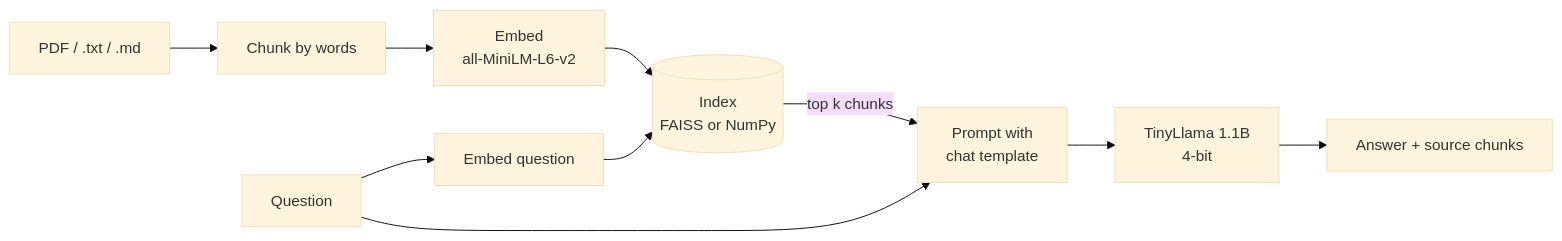
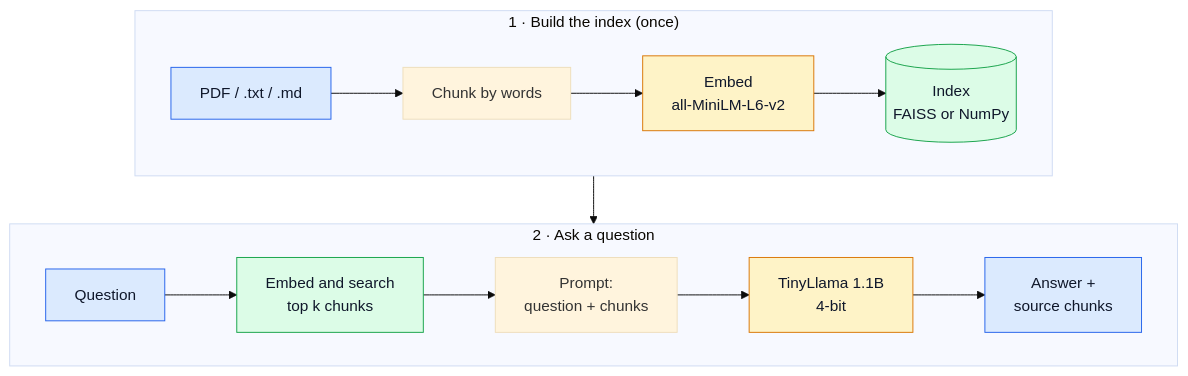
One commit to didiergarcia/tiny-rag changed the diagram in README.md. Above: the diagram before and after it, drawn with Mermaid (base theme).

Commit message:
docs: two-row, color-coded pipeline diagram

````diff
--- a/README.md
+++ b/README.md
@@ -5,12 +5,19 @@
 ```mermaid
-flowchart LR
-    A[PDF / .txt / .md] --> B[Chunk by words]
-    B --> C[Embed<br/>all-MiniLM-L6-v2]
-    C --> D[(Index<br/>FAISS or NumPy)]
-    Q[Question] --> E[Embed question]
-    E --> D
-    D -->|top k chunks| F[Prompt with<br/>chat template]
-    Q --> F
-    F --> G[TinyLlama 1.1B<br/>4-bit]
-    G --> H[Answer + source chunks]
+flowchart TB
+    subgraph build["1 · Build the index (once)"]
+        direction LR
+        A[PDF / .txt / .md] --> B[Chunk by words] --> C[Embed<br/>all-MiniLM-L6-v2] --> D[(Index<br/>FAISS or NumPy)]
+    end
+    subgraph ask["2 · Ask a question"]
+        direction LR
+        Q[Question] --> S[Embed and search<br/>top k chunks] --> P[Prompt:<br/>question + chunks] --> G[TinyLlama 1.1B<br/>4-bit] --> H[Answer +<br/>source chunks]
+    end
+    build --> ask
+
+    classDef doc fill:#dbeafe,stroke:#2563eb,color:#0f172a
+    classDef model fill:#fef3c7,stroke:#d97706,color:#0f172a
+    classDef store fill:#dcfce7,stroke:#16a34a,color:#0f172a
+    class A,Q,H doc
+    class C,G model
+    class D,S store
 ```
````
